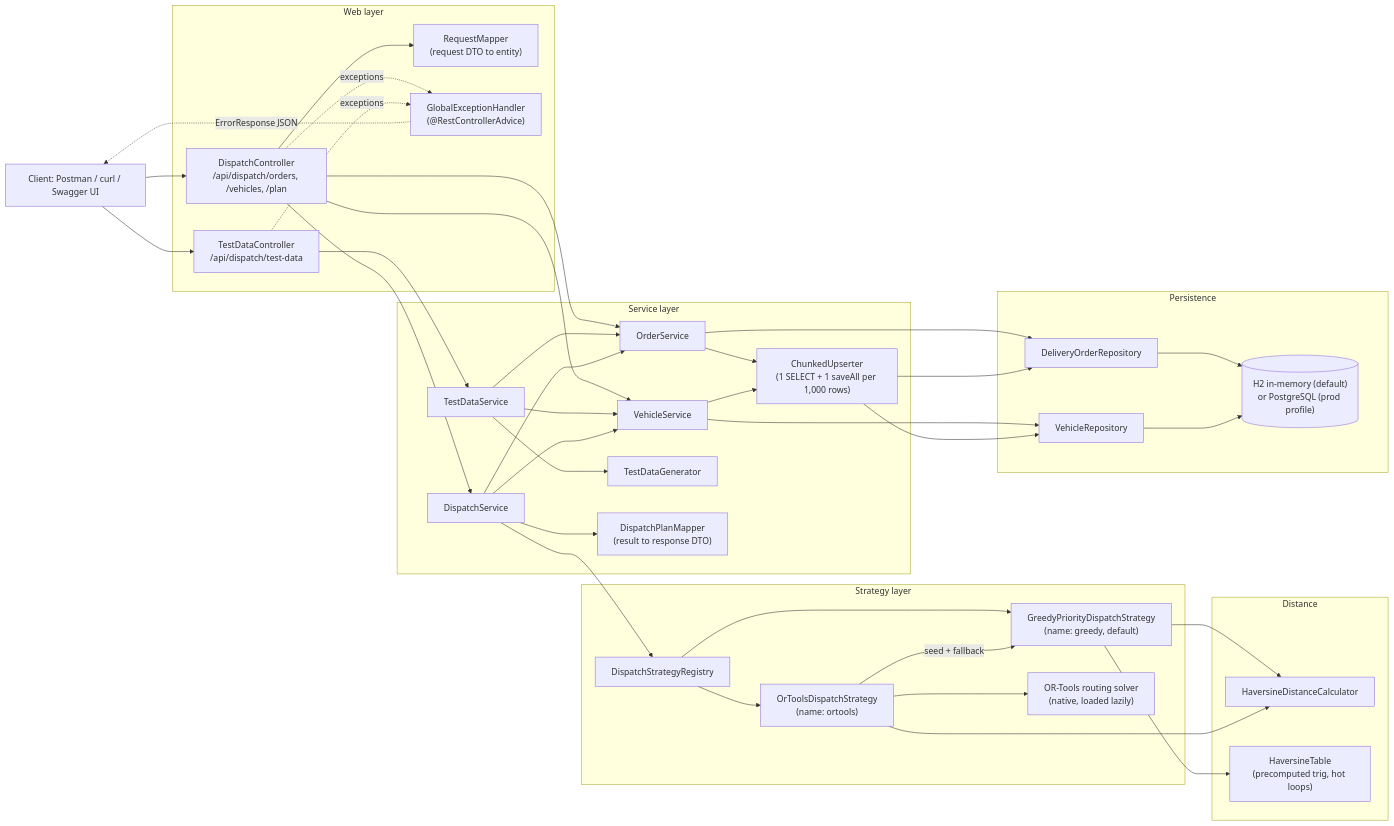
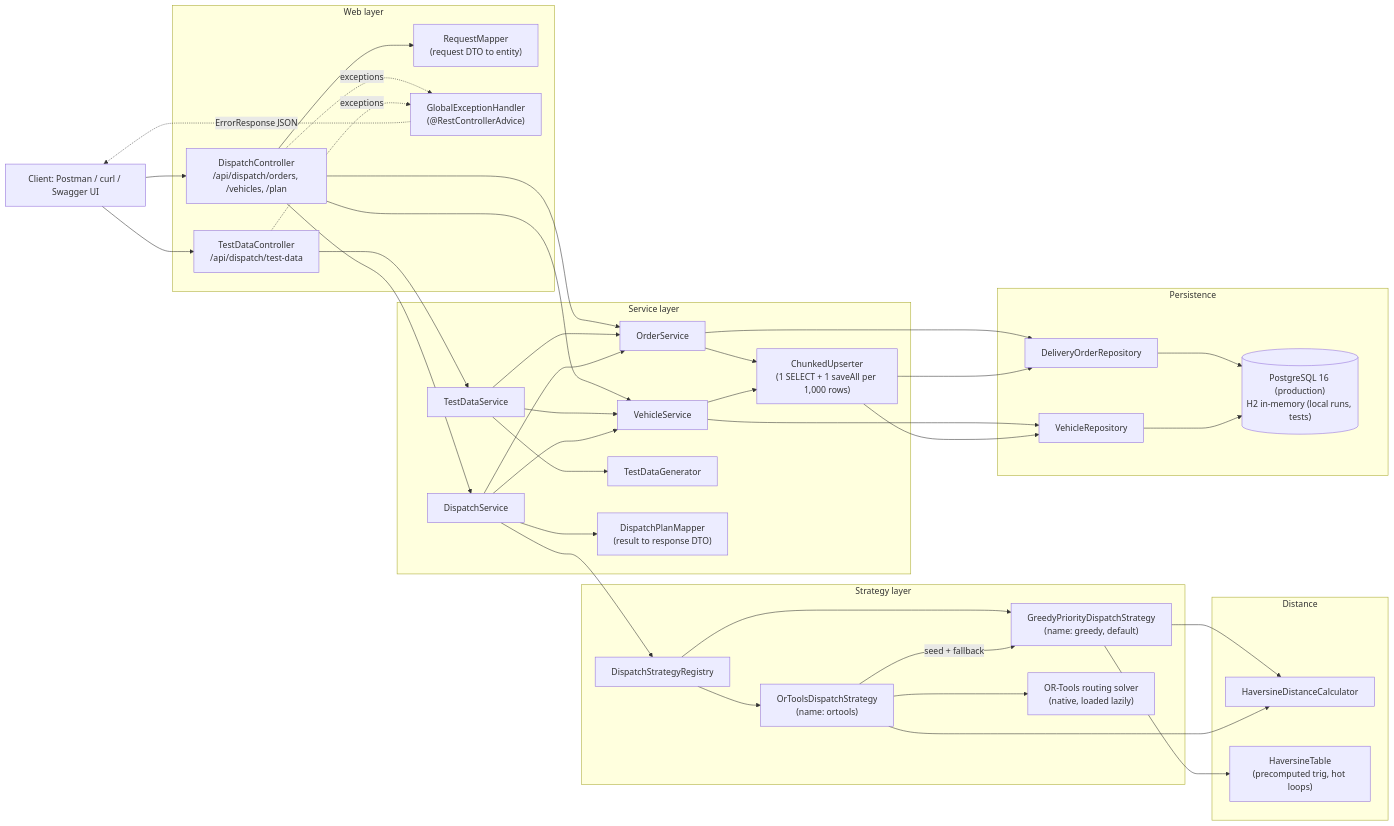
The diagram in docs/DESIGN.md (YasirSarfaraz/dispatch-load-balancer), drawn with Mermaid before and after one commit. The commit also changed other lines of this file and 6 other files, not shown here.

First line of the commit message:
docs: production on PostgreSQL, verified live; Flyway, CI/CD and operations

````diff
--- a/docs/DESIGN.md
+++ b/docs/DESIGN.md
@@ -18,72 +18,72 @@
 ```mermaid
 flowchart LR
     Client["Client: Postman / curl / Swagger UI"]
 
     subgraph Web["Web layer"]
         DC["DispatchController<br/>/api/dispatch/orders, /vehicles, /plan"]
         TDC["TestDataController<br/>/api/dispatch/test-data"]
         RM["RequestMapper<br/>(request DTO to entity)"]
         GEH["GlobalExceptionHandler<br/>(@RestControllerAdvice)"]
     end
 
     subgraph Services["Service layer"]
         OS["OrderService"]
         VS["VehicleService"]
         DS["DispatchService"]
         TDS["TestDataService"]
         GEN["TestDataGenerator"]
         CU["ChunkedUpserter<br/>(1 SELECT + 1 saveAll per 1,000 rows)"]
         PM["DispatchPlanMapper<br/>(result to response DTO)"]
     end
 
     subgraph Strategies["Strategy layer"]
         REG["DispatchStrategyRegistry"]
         GR["GreedyPriorityDispatchStrategy<br/>(name: greedy, default)"]
         ORT["OrToolsDispatchStrategy<br/>(name: ortools)"]
         SOLVER["OR-Tools routing solver<br/>(native, loaded lazily)"]
     end
 
     subgraph Distance["Distance"]
         HAV["HaversineDistanceCalculator"]
         TAB["HaversineTable<br/>(precomputed trig, hot loops)"]
     end
 
     subgraph Persistence["Persistence"]
         OREPO["DeliveryOrderRepository"]
         VREPO["VehicleRepository"]
-        DB[("H2 in-memory (default)<br/>or PostgreSQL (prod profile)")]
+        DB[("PostgreSQL 16 (production)<br/>H2 in-memory (local runs, tests)")]
     end
 
     Client --> DC
     Client --> TDC
     DC --> RM
     DC --> OS
     DC --> VS
     DC --> DS
     TDC --> TDS
     TDS --> GEN
     TDS --> OS
     TDS --> VS
     OS --> CU
     VS --> CU
     OS --> OREPO
     VS --> VREPO
     CU --> OREPO
     CU --> VREPO
     OREPO --> DB
     VREPO --> DB
     DS --> OS
     DS --> VS
     DS --> REG
     DS --> PM
     REG --> GR
     REG --> ORT
     ORT -->|"seed + fallback"| GR
     ORT --> SOLVER
     GR --> TAB
     GR --> HAV
     ORT --> HAV
     DC -.->|"exceptions"| GEH
     TDC -.->|"exceptions"| GEH
     GEH -.->|"ErrorResponse JSON"| Client
 ```
````
